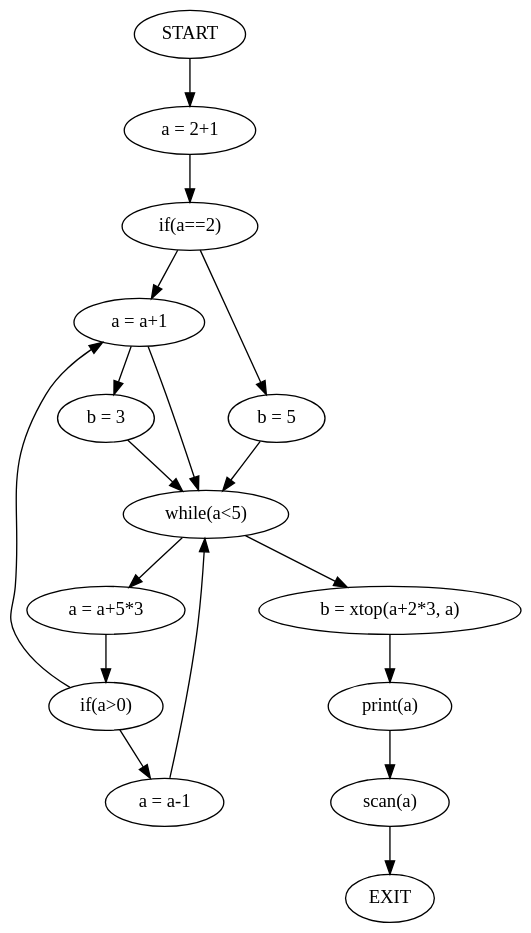
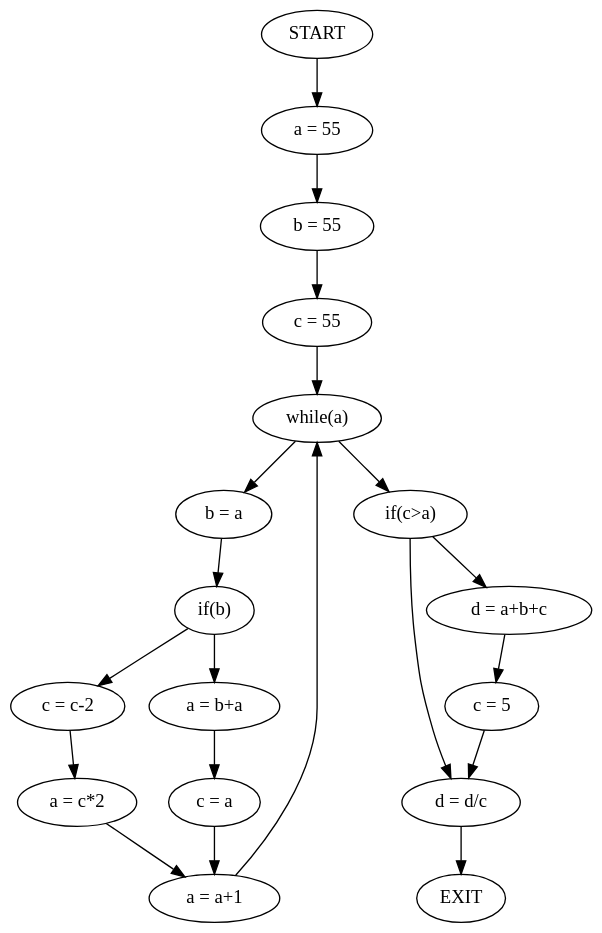
Before and after one commit to MiguelCosta/EngenhariaDeLinguagens: the diagram in ATS/Fichas/Cmb/Gramatica/output/cfg.gv, drawn with Graphviz. The commit also changed 14 other files, not shown here.

```diff
--- a/ATS/Fichas/Cmb/Gramatica/output/cfg.gv
+++ b/ATS/Fichas/Cmb/Gramatica/output/cfg.gv
@@ -1,20 +1,22 @@
 digraph mainmap {
 graph [bgcolor=transparent];
-"START" -> "a = 2+1";
-"a = 2+1" -> "if(a==2)";
-"if(a==2)" -> "a = a+1";
-"if(a==2)" -> "b = 5";
-"a = a+1" -> "b = 3";
-"b = 3" -> "while(a<5)";
-"b = 5" -> "while(a<5)";
-"while(a<5)" -> "a = a+5*3";
-"while(a<5)" -> "b = xtop(a+2*3, a)";
-"a = a+5*3" -> "if(a>0)";
-"if(a>0)" -> "a = a+1";
-"if(a>0)" -> "a = a-1";
-"a = a+1" -> "while(a<5)";
-"a = a-1" -> "while(a<5)";
-"b = xtop(a+2*3, a)" -> "print(a)";
-"print(a)" -> "scan(a)";
-"scan(a)" -> "EXIT";
+"START" -> "a = 55";
+"a = 55" -> "b = 55";
+"b = 55" -> "c = 55";
+"c = 55" -> "while(a)";
+"while(a)" -> "b = a";
+"while(a)" -> "if(c>a)";
+"b = a" -> "if(b)";
+"if(b)" -> "c = c-2";
+"if(b)" -> "a = b+a";
+"c = c-2" -> "a = c*2";
+"a = c*2" -> "a = a+1";
+"a = b+a" -> "c = a";
+"c = a" -> "a = a+1";
+"a = a+1" -> "while(a)";
+"if(c>a)" -> "d = a+b+c";
+"if(c>a)" -> "d = d/c";
+"d = a+b+c" -> "c = 5";
+"c = 5" -> "d = d/c";
+"d = d/c" -> "EXIT";
 }
```
